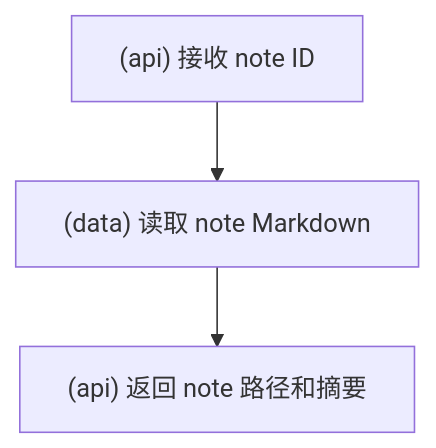
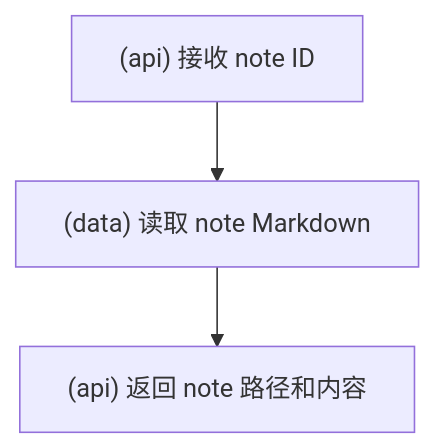
One commit to srangerme/KBManager changed diagram 14 of 17 in docs/流程图.md. Above: the diagram before and after it, drawn with Mermaid. The commit also changed other lines of this file and 34 other files, not shown here.

````diff
--- a/docs/流程图.md
+++ b/docs/流程图.md
@@ -165,5 +165,5 @@
 ```mermaid
 flowchart TD
   A["(api) 接收 note ID"] --> B["(data) 读取 note Markdown"]
-  B --> C["(api) 返回 note 路径和摘要"]
+  B --> C["(api) 返回 note 路径和内容"]
 ```
````
